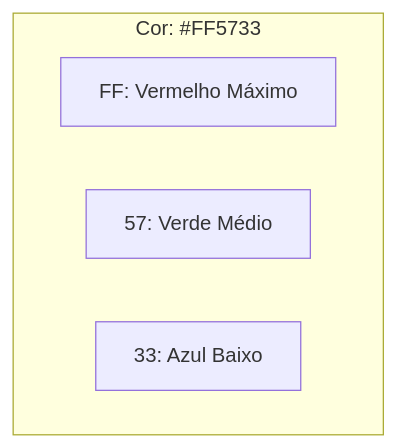
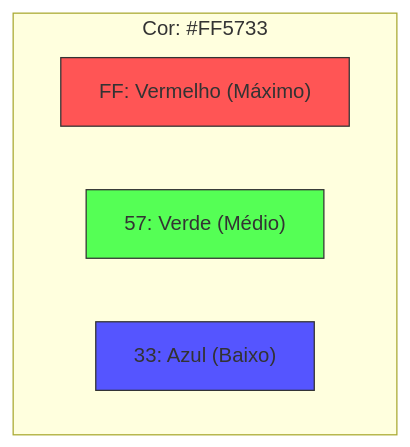
Before and after one commit to ricardotecpro/ads_mod_01_fundamentos_da_computacao: the diagram in docs/aulas/aula-05.md, drawn with Mermaid. The commit also changed other lines of this file and 31 other files, not shown here.

````diff
--- a/docs/aulas/aula-05.md
+++ b/docs/aulas/aula-05.md
@@ -43,8 +34,11 @@
 ```mermaid
 graph TD
     subgraph Cor: #FF5733
-    R[FF: Vermelho Máximo]
-    G[57: Verde Médio]
-    B[33: Azul Baixo]
+    R["FF: Vermelho (Máximo)"]
+    G["57: Verde (Médio)"]
+    B["33: Azul (Baixo)"]
     end
+    style R fill:#f55,stroke:#333
+    style G fill:#5f5,stroke:#333
+    style B fill:#55f,stroke:#333
 ```
````
